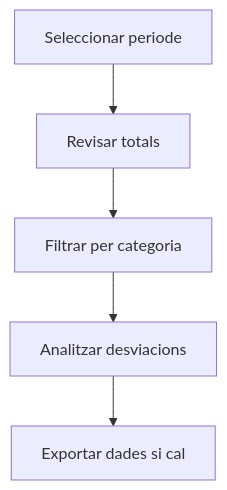
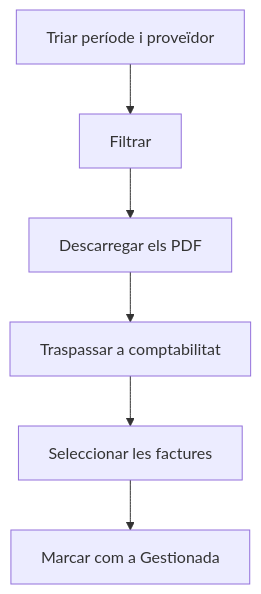
One commit to MGurtD/lilith changed the diagram in frontend/src/help/ca/purchase/purchaseinvoice/by-period.md. Above: the diagram before and after it, drawn with Mermaid. The commit also changed other lines of this file and 331 other files, not shown here.

````diff
--- a/frontend/src/help/ca/purchase/purchaseinvoice/by-period.md
+++ b/frontend/src/help/ca/purchase/purchaseinvoice/by-period.md
@@ -34,7 +44,8 @@
 ```mermaid
 flowchart TD
-    A[Seleccionar periode] --> B[Revisar totals]
-    B --> C[Filtrar per categoria]
-    C --> D[Analitzar desviacions]
-    D --> E[Exportar dades si cal]
+    A[Triar període i proveïdor] --> B[Filtrar]
+    B --> C[Descarregar els PDF]
+    C --> D[Traspassar a comptabilitat]
+    D --> E[Seleccionar les factures]
+    E --> F[Marcar com a Gestionada]
 ```
````
